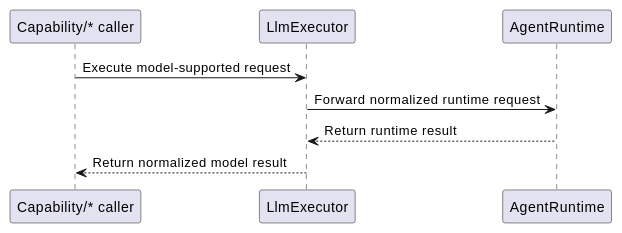
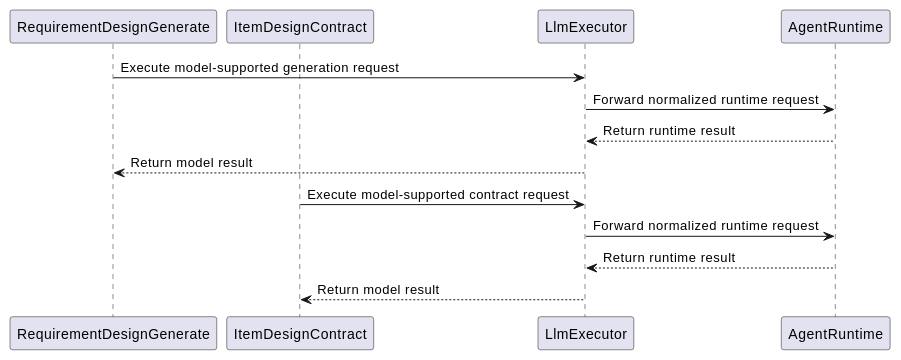
The second of 4 diagrams in project_layer/docs/breakdown_docs/llm_capability_design.md (lucky-chen/ai_workflow_travel), drawn with PlantUML before and after one commit. The commit also changed other lines of this file and 16 other files, not shown here.

````diff
--- a/project_layer/docs/breakdown_docs/llm_capability_design.md
+++ b/project_layer/docs/breakdown_docs/llm_capability_design.md
@@ -106,12 +90,18 @@
 ```plantuml
 @startuml
-participant Caller as "Capability/* caller"
+participant RequirementDesignGenerate
+participant ItemDesignContract
 participant LlmExecutor
 participant AgentRuntime
 
-Caller -> LlmExecutor: Execute model-supported request
+RequirementDesignGenerate -> LlmExecutor: Execute model-supported generation request
 LlmExecutor -> AgentRuntime: Forward normalized runtime request
 AgentRuntime --> LlmExecutor: Return runtime result
-LlmExecutor --> Caller: Return normalized model result
+LlmExecutor --> RequirementDesignGenerate: Return model result
+
+ItemDesignContract -> LlmExecutor: Execute model-supported contract request
+LlmExecutor -> AgentRuntime: Forward normalized runtime request
+AgentRuntime --> LlmExecutor: Return runtime result
+LlmExecutor --> ItemDesignContract: Return model result
 @enduml
 ```
````
